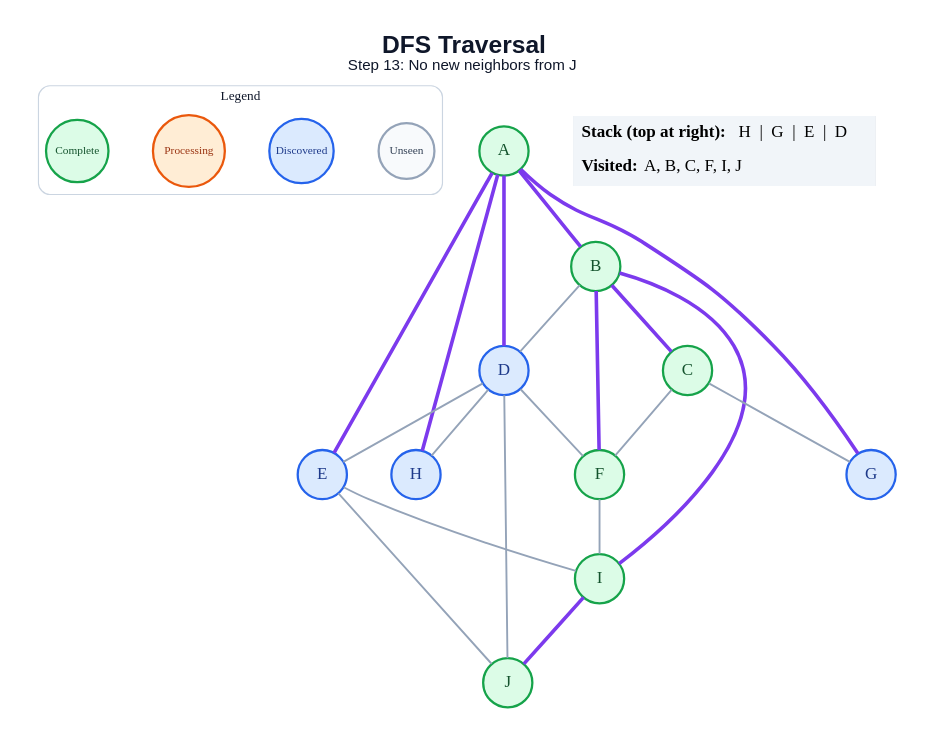
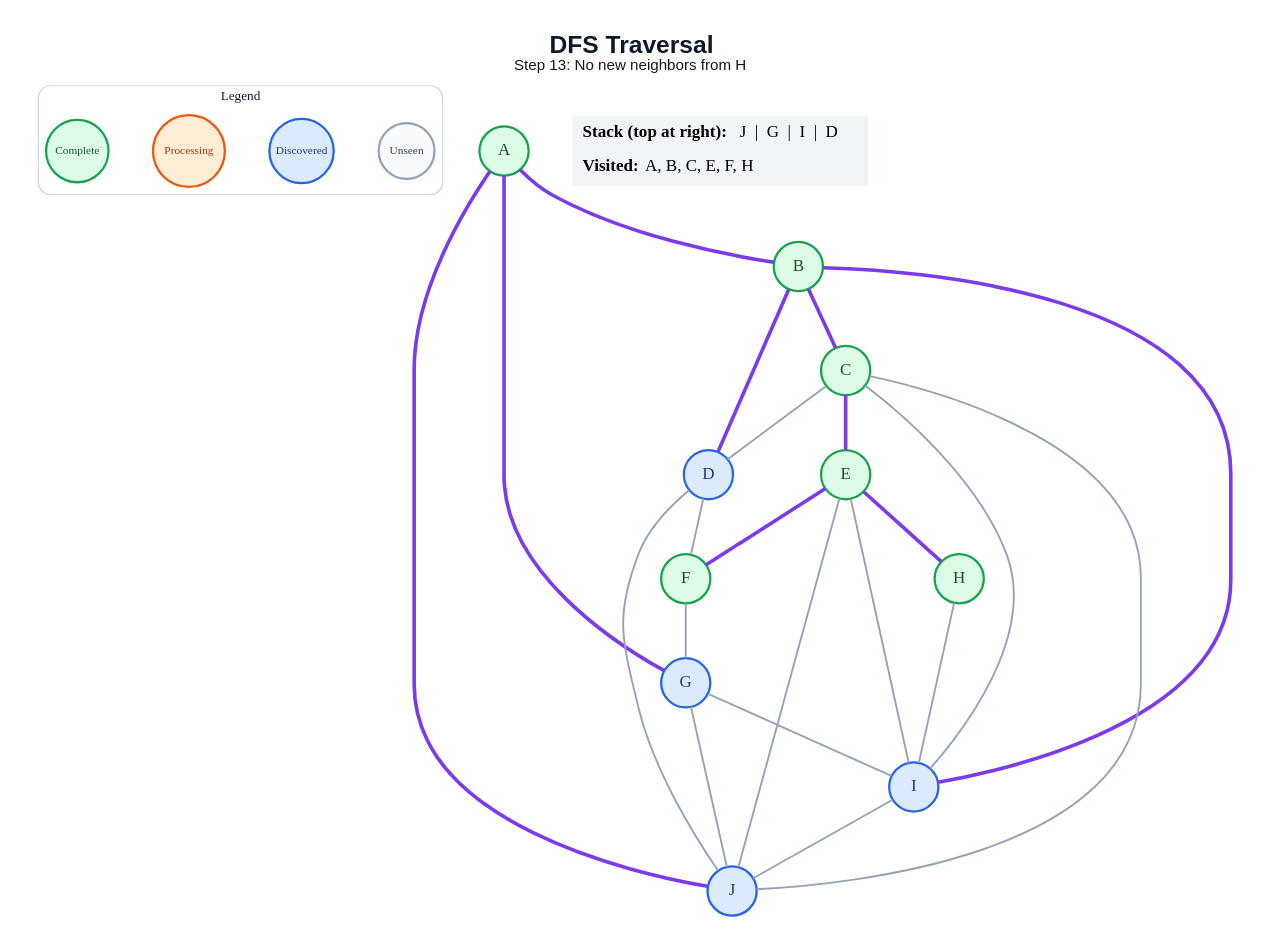
Before and after one commit to anon7238593-create/ai-slop: the diagram in generated/dfs/step_13.dot, drawn with Graphviz. The commit also changed 171 other files, not shown here.

```diff
--- a/generated/dfs/step_13.dot
+++ b/generated/dfs/step_13.dot
@@ -1,48 +1,50 @@
 graph traversal {
   graph [layout=dot, rankdir=TB, bgcolor="#FFFFFF", pad="0.35", nodesep="0.65", ranksep="0.8", fontname="Arial"];
   node [shape=circle, style="filled", fontname="Arial Bold", fontsize=18, width=0.72, fixedsize=true, penwidth=2.4];
   edge [color="#94A3B8", penwidth=2.0];
-  label=<<B>DFS Traversal</B><BR/><FONT POINT-SIZE="16">Step 13: No new neighbors from J</FONT>>; labelloc="t"; fontsize=26; fontname="Arial"; fontcolor="#0F172A";
+  label=<<B>DFS Traversal</B><BR/><FONT POINT-SIZE="16">Step 13: No new neighbors from H</FONT>>; labelloc="t"; fontsize=26; fontname="Arial"; fontcolor="#0F172A";
   subgraph cluster_legend { label="Legend"; color="#CBD5E1"; penwidth=1.2; style="rounded"; fontsize=14; fontname="Arial Bold";
     key_unseen [label="Unseen", fillcolor="#F8FAFC", color="#94A3B8", fontcolor="#334155", fontsize=12, width=0.82];
     key_frontier [label="Discovered", fillcolor="#DBEAFE", color="#2563EB", fontcolor="#1E3A8A", fontsize=12, width=0.95];
     key_current [label="Processing", fillcolor="#FFEDD5", color="#EA580C", fontcolor="#9A3412", fontsize=12, width=1.05];
     key_done [label="Complete", fillcolor="#DCFCE7", color="#16A34A", fontcolor="#14532D", fontsize=12, width=0.92];
     { rank=same; key_unseen; key_frontier; key_current; key_done; }
   }
   A [fillcolor="#DCFCE7", color="#16A34A", fontcolor="#14532D"];
   B [fillcolor="#DCFCE7", color="#16A34A", fontcolor="#14532D"];
   C [fillcolor="#DCFCE7", color="#16A34A", fontcolor="#14532D"];
   D [fillcolor="#DBEAFE", color="#2563EB", fontcolor="#1E3A8A"];
-  E [fillcolor="#DBEAFE", color="#2563EB", fontcolor="#1E3A8A"];
+  E [fillcolor="#DCFCE7", color="#16A34A", fontcolor="#14532D"];
   F [fillcolor="#DCFCE7", color="#16A34A", fontcolor="#14532D"];
   G [fillcolor="#DBEAFE", color="#2563EB", fontcolor="#1E3A8A"];
-  H [fillcolor="#DBEAFE", color="#2563EB", fontcolor="#1E3A8A"];
-  I [fillcolor="#DCFCE7", color="#16A34A", fontcolor="#14532D"];
-  J [fillcolor="#DCFCE7", color="#16A34A", fontcolor="#14532D"];
+  H [fillcolor="#DCFCE7", color="#16A34A", fontcolor="#14532D"];
+  I [fillcolor="#DBEAFE", color="#2563EB", fontcolor="#1E3A8A"];
+  J [fillcolor="#DBEAFE", color="#2563EB", fontcolor="#1E3A8A"];
   A -- B [color="#7C3AED", penwidth=3.8];
-  A -- D [color="#7C3AED", penwidth=3.8];
-  A -- E [color="#7C3AED", penwidth=3.8];
   A -- G [color="#7C3AED", penwidth=3.8];
-  A -- H [color="#7C3AED", penwidth=3.8];
+  A -- J [color="#7C3AED", penwidth=3.8];
   B -- C [color="#7C3AED", penwidth=3.8];
-  B -- D;
-  B -- F [color="#7C3AED", penwidth=3.8];
+  B -- D [color="#7C3AED", penwidth=3.8];
   B -- I [color="#7C3AED", penwidth=3.8];
-  C -- F;
-  C -- G;
-  D -- E;
+  C -- D;
+  C -- E [color="#7C3AED", penwidth=3.8];
+  C -- I;
+  C -- J;
   D -- F;
-  D -- H;
   D -- J;
+  E -- F [color="#7C3AED", penwidth=3.8];
+  E -- H [color="#7C3AED", penwidth=3.8];
   E -- I;
   E -- J;
-  F -- I;
-  I -- J [color="#7C3AED", penwidth=3.8];
+  F -- G;
+  G -- I;
+  G -- J;
+  H -- I;
+  I -- J;
   status [shape=plain, fixedsize=false, width=0, height=0, margin=0, label=<
     <TABLE BORDER="0" CELLBORDER="0" CELLPADDING="7" BGCOLOR="#F1F5F9">
-      <TR><TD ALIGN="LEFT"><B>Stack (top at right):</B> H  |  G  |  E  |  D</TD></TR>
-      <TR><TD ALIGN="LEFT"><B>Visited:</B> A, B, C, F, I, J</TD></TR>
+      <TR><TD ALIGN="LEFT"><B>Stack (top at right):</B> J  |  G  |  I  |  D</TD></TR>
+      <TR><TD ALIGN="LEFT"><B>Visited:</B> A, B, C, E, F, H</TD></TR>
     </TABLE>
   >];
 }
```
